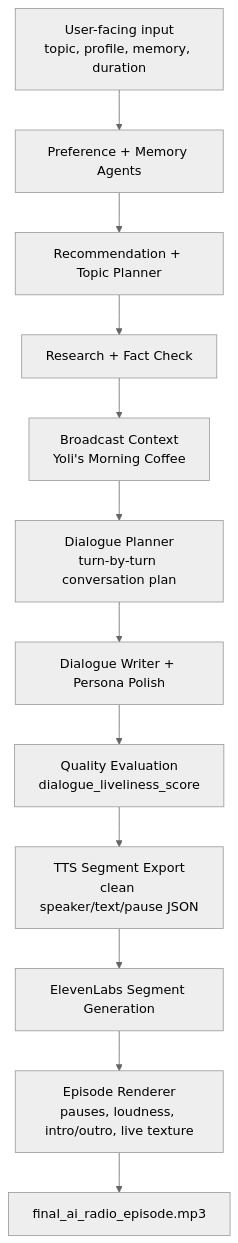
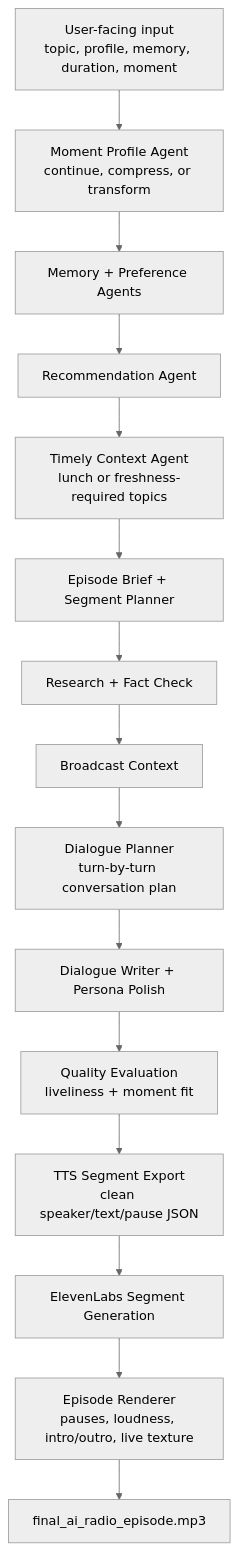
Before and after one commit to resonantravine/ai-radio-agent: the diagram in README.md, drawn with Mermaid (neutral theme). The commit also changed other lines of this file, not shown here.

Commit message:
Add daily moment editorial profiles

````diff
--- a/README.md
+++ b/README.md
@@ -124,14 +140,17 @@
 ```mermaid
 flowchart TD
-    A["User-facing input<br/>topic, profile, memory, duration"] --> B["Preference + Memory Agents"]
-    B --> C["Recommendation + Topic Planner"]
-    C --> D["Research + Fact Check"]
-    D --> E["Broadcast Context<br/>Yoli's Morning Coffee"]
-    E --> F["Dialogue Planner<br/>turn-by-turn conversation plan"]
-    F --> G["Dialogue Writer + Persona Polish"]
-    G --> H["Quality Evaluation<br/>dialogue_liveliness_score"]
-    H --> I["TTS Segment Export<br/>clean speaker/text/pause JSON"]
-    I --> J["ElevenLabs Segment Generation"]
-    J --> K["Episode Renderer<br/>pauses, loudness, intro/outro, live texture"]
-    K --> L["final_ai_radio_episode.mp3"]
+    A["User-facing input<br/>topic, profile, memory, duration, moment"] --> B["Moment Profile Agent<br/>continue, compress, or transform"]
+    B --> C["Memory + Preference Agents"]
+    C --> D["Recommendation Agent"]
+    D --> E["Timely Context Agent<br/>lunch or freshness-required topics"]
+    E --> F["Episode Brief + Segment Planner"]
+    F --> G["Research + Fact Check"]
+    G --> H["Broadcast Context"]
+    H --> I["Dialogue Planner<br/>turn-by-turn conversation plan"]
+    I --> J["Dialogue Writer + Persona Polish"]
+    J --> K["Quality Evaluation<br/>liveliness + moment fit"]
+    K --> L["TTS Segment Export<br/>clean speaker/text/pause JSON"]
+    L --> M["ElevenLabs Segment Generation"]
+    M --> N["Episode Renderer<br/>pauses, loudness, intro/outro, live texture"]
+    N --> O["final_ai_radio_episode.mp3"]
 ```
````
